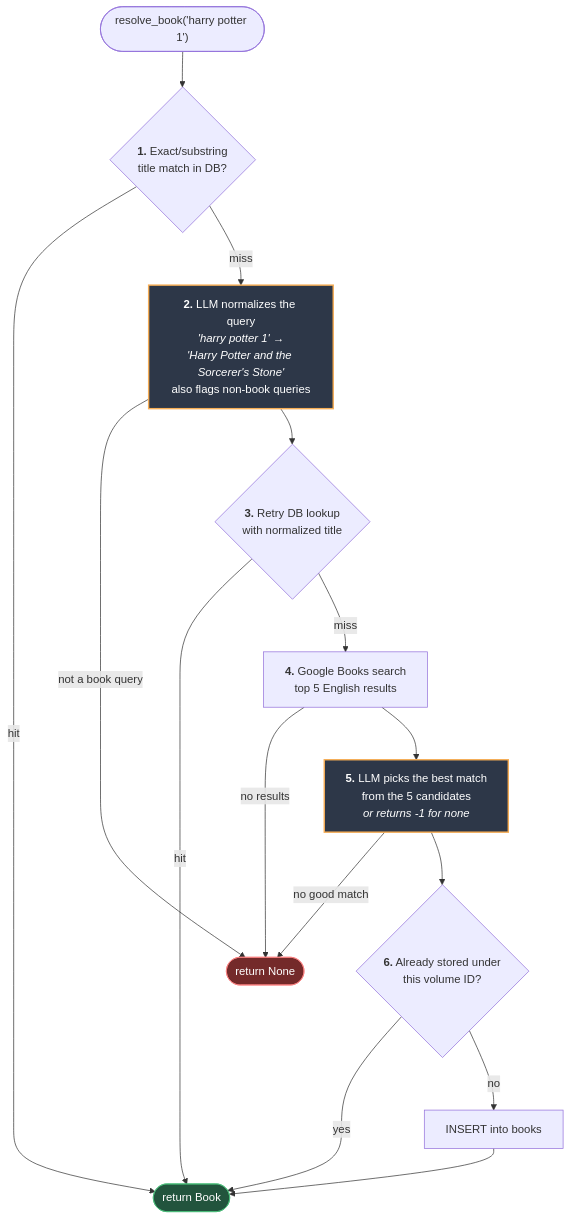
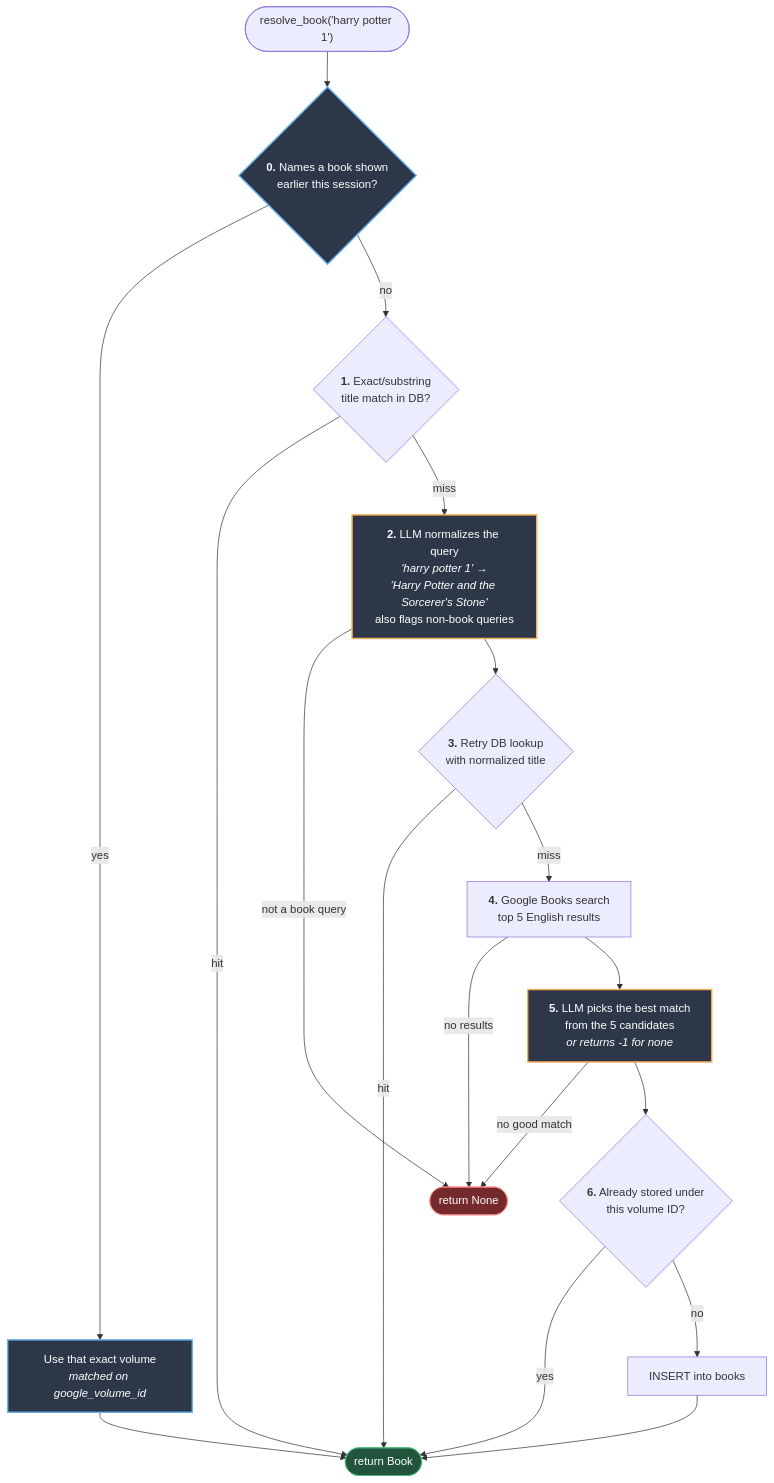
One commit to rohitxseth/readledgerx changed the third of 3 diagrams in README.md. Above: the diagram before and after it, drawn with Mermaid. The commit also changed other lines of this file and 16 other files, not shown here.

````diff
--- a/README.md
+++ b/README.md
@@ -187,33 +187,40 @@
 ```mermaid
 flowchart TD
-    Start(["resolve_book('harry potter 1')"]) --> S1
+    Start(["resolve_book('harry potter 1')"]) --> S0
+
+    S0{"<b>0.</b> Names a book shown<br/>earlier this session?"}
+    S0 -->|yes| Pin["Use that exact volume<br/><i>matched on google_volume_id</i>"]
+    Pin --> Done
+    S0 -->|no| S1
 
     S1{"<b>1.</b> Exact/substring<br/>title match in DB?"}
     S1 -->|hit| Done(["return Book"])
     S1 -->|miss| S2
 
     S2["<b>2.</b> LLM normalizes the query<br/><i>'harry potter 1' →<br/>'Harry Potter and the Sorcerer's Stone'</i><br/>also flags non-book queries"]
     S2 -->|not a book query| Nothing(["return None"])
     S2 --> S3
 
     S3{"<b>3.</b> Retry DB lookup<br/>with normalized title"}
     S3 -->|hit| Done
     S3 -->|miss| S4
 
     S4["<b>4.</b> Google Books search<br/>top 5 English results"]
     S4 -->|no results| Nothing
     S4 --> S5
 
     S5["<b>5.</b> LLM picks the best match<br/>from the 5 candidates<br/><i>or returns -1 for none</i>"]
     S5 -->|no good match| Nothing
     S5 --> S6
 
     S6{"<b>6.</b> Already stored under<br/>this volume ID?"}
     S6 -->|yes| Done
     S6 -->|no| Save["INSERT into books"] --> Done
 
+    style S0 fill:#2d3748,stroke:#63b3ed,stroke-width:2px,color:#fff
+    style Pin fill:#2d3748,stroke:#63b3ed,stroke-width:2px,color:#fff
     style S2 fill:#2d3748,stroke:#f6ad55,stroke-width:2px,color:#fff
     style S5 fill:#2d3748,stroke:#f6ad55,stroke-width:2px,color:#fff
     style Done fill:#22543d,stroke:#48bb78,color:#fff
     style Nothing fill:#742a2a,stroke:#fc8181,color:#fff
 ```
````
